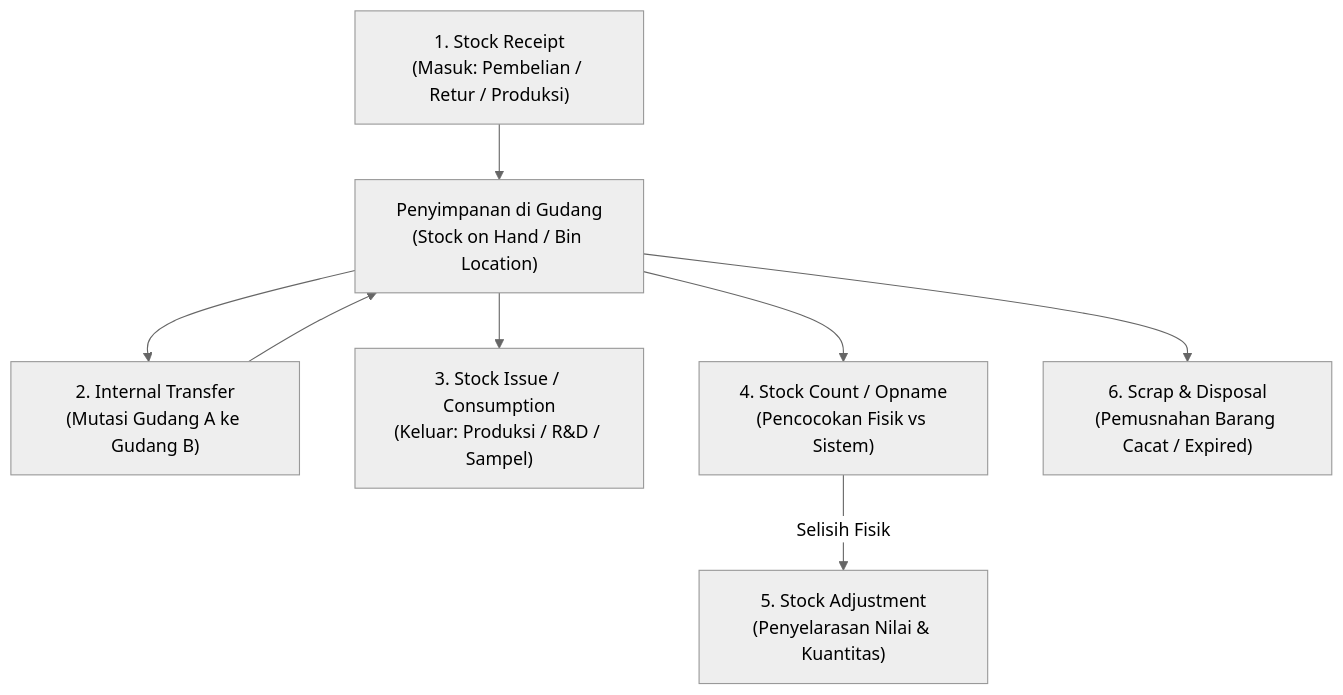
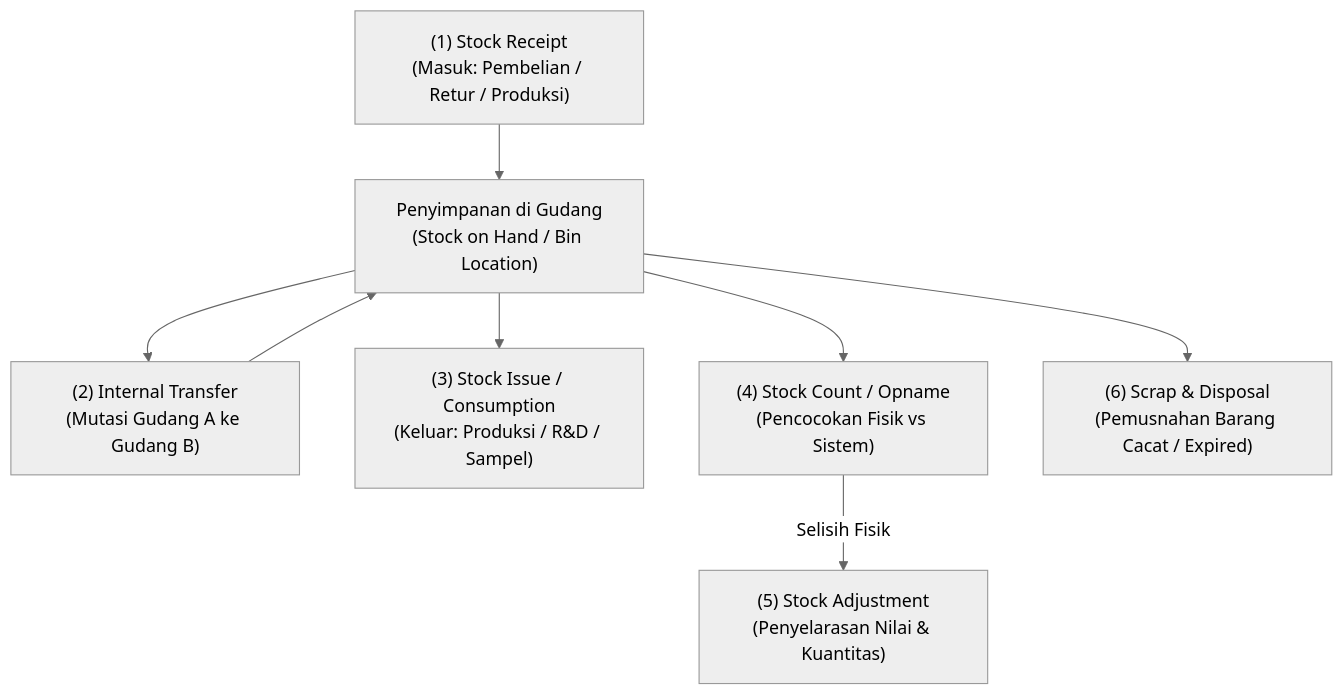
The second of 2 diagrams in content/01-business-processes/inventory-process.md (alimurrofid/erp-notes), drawn with Mermaid (neutral theme) before and after one commit. The commit also changed other lines of this file and 132 other files, not shown here.

````diff
--- a/content/01-business-processes/inventory-process.md
+++ b/content/01-business-processes/inventory-process.md
@@ -24,15 +24,15 @@
 ```mermaid
 flowchart TD
-    REC["1. Stock Receipt<br/>(Masuk: Pembelian / Retur / Produksi)"]
+    REC["(1) Stock Receipt<br/>(Masuk: Pembelian / Retur / Produksi)"]
     --> STK["Penyimpanan di Gudang<br/>(Stock on Hand / Bin Location)"]
     
-    STK --> TRF["2. Internal Transfer<br/>(Mutasi Gudang A ke Gudang B)"]
+    STK --> TRF["(2) Internal Transfer<br/>(Mutasi Gudang A ke Gudang B)"]
     TRF --> STK
     
-    STK --> ISS["3. Stock Issue / Consumption<br/>(Keluar: Produksi / R&D / Sampel)"]
+    STK --> ISS["(3) Stock Issue / Consumption<br/>(Keluar: Produksi / R&D / Sampel)"]
     
-    STK --> OP["4. Stock Count / Opname<br/>(Pencocokan Fisik vs Sistem)"]
-    OP -->|Selisih Fisik| ADJ["5. Stock Adjustment<br/>(Penyelarasan Nilai & Kuantitas)"]
+    STK --> OP["(4) Stock Count / Opname<br/>(Pencocokan Fisik vs Sistem)"]
+    OP -->|Selisih Fisik| ADJ["(5) Stock Adjustment<br/>(Penyelarasan Nilai & Kuantitas)"]
     
-    STK --> SCR["6. Scrap & Disposal<br/>(Pemusnahan Barang Cacat / Expired)"]
+    STK --> SCR["(6) Scrap & Disposal<br/>(Pemusnahan Barang Cacat / Expired)"]
 ```
````
